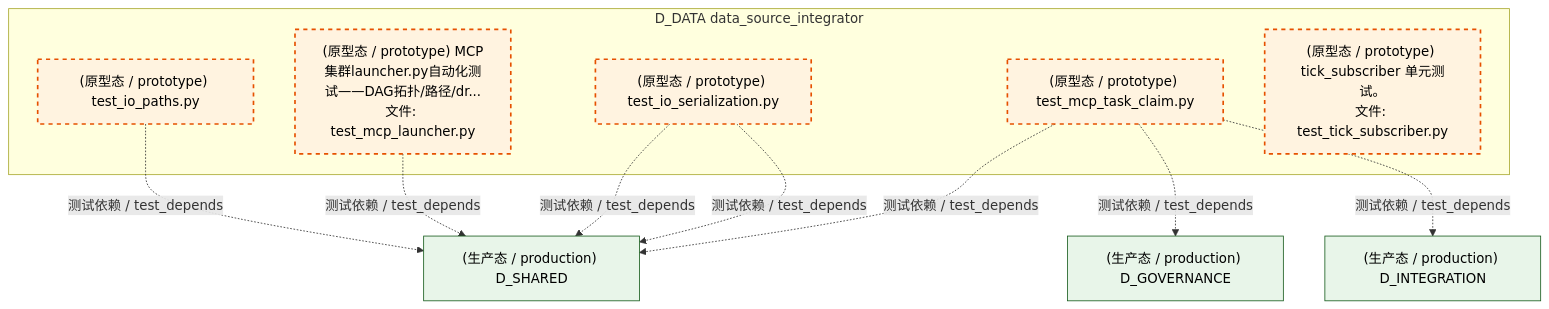
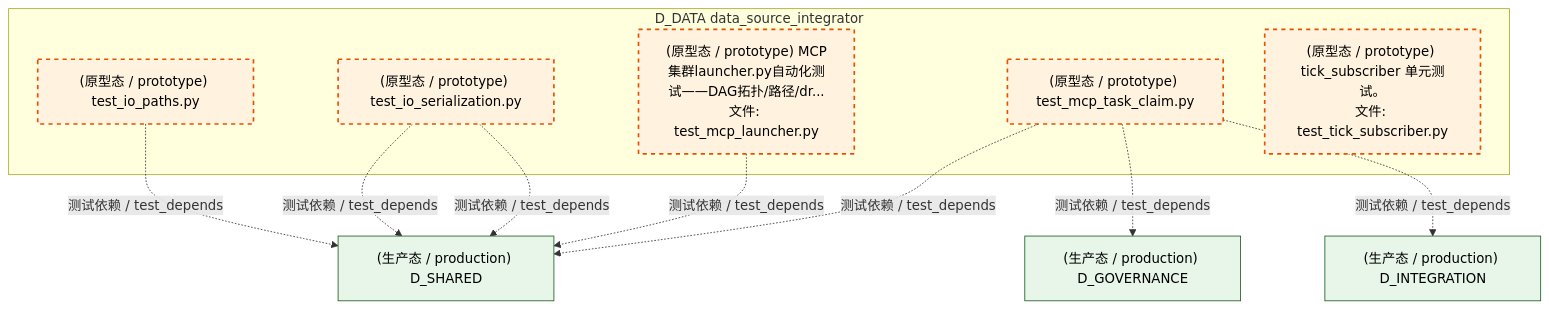
Before and after one commit to xuanFelixVan/ZephyrAlpha: the third of 6 diagrams in docs/02_enterprise_architecture/02_domain_architecture_docs/61_d_data.md, drawn with Mermaid. The commit also changed other lines of this file and 126 other files, not shown here.

````diff
--- a/docs/02_enterprise_architecture/02_domain_architecture_docs/61_d_data.md
+++ b/docs/02_enterprise_architecture/02_domain_architecture_docs/61_d_data.md
@@ -313,26 +311,26 @@
 ```mermaid
 graph TD
     subgraph D_DATA["D_DATA data_source_integrator"]
         tests_io_test_io_paths_py["(原型态 / prototype) test_io_paths.py"]
         tests_io_test_io_serialization_py["(原型态 / prototype) test_io_serialization.py"]
         tests_io_test_mcp_launcher_py["(原型态 / prototype) MCP集群launcher.py自动化测试——DAG拓扑/路径/dr...<br/>文件: test_mcp_launcher.py"]
         tests_io_test_mcp_task_claim_py["(原型态 / prototype) test_mcp_task_claim.py"]
         tests_zephyr_data_test_tick_subscriber_py["(原型态 / prototype) tick_subscriber 单元测试。<br/>文件: test_tick_subscriber.py"]
     end
     D_GOVERNANCE["(生产态 / production) D_GOVERNANCE"]
     tests_io_test_mcp_task_claim_py -.->|测试依赖 / test_depends| D_GOVERNANCE
+    D_SHARED["(生产态 / production) D_SHARED"]
+    tests_io_test_mcp_task_claim_py -.->|测试依赖 / test_depends| D_SHARED
     D_INTEGRATION["(生产态 / production) D_INTEGRATION"]
     tests_io_test_mcp_task_claim_py -.->|测试依赖 / test_depends| D_INTEGRATION
-    D_SHARED["(生产态 / production) D_SHARED"]
-    tests_io_test_mcp_task_claim_py -.->|测试依赖 / test_depends| D_SHARED
+    tests_io_test_mcp_launcher_py -.->|测试依赖 / test_depends| D_SHARED
     tests_io_test_io_serialization_py -.->|测试依赖 / test_depends| D_SHARED
     tests_io_test_io_serialization_py -.->|测试依赖 / test_depends| D_SHARED
-    tests_io_test_mcp_launcher_py -.->|测试依赖 / test_depends| D_SHARED
     tests_io_test_io_paths_py -.->|测试依赖 / test_depends| D_SHARED
     classDef production fill:#e1f5fe,stroke:#01579b,stroke-width:2px,color:#000
     classDef design fill:#fff3e0,stroke:#e65100,stroke-width:2px,color:#000,stroke-dasharray: 5 5
     classDef external_prod fill:#e8f5e9,stroke:#1b5e20,stroke-width:1px,color:#000
     classDef external_design fill:#fce4ec,stroke:#880e4f,stroke-width:1px,color:#000,stroke-dasharray: 5 5
     class tests_io_test_io_paths_py,tests_io_test_io_serialization_py,tests_io_test_mcp_launcher_py,tests_io_test_mcp_task_claim_py,tests_zephyr_data_test_tick_subscriber_py design
-    class D_GOVERNANCE,D_INTEGRATION,D_SHARED external_prod
+    class D_GOVERNANCE,D_SHARED,D_INTEGRATION external_prod
 ```
````
